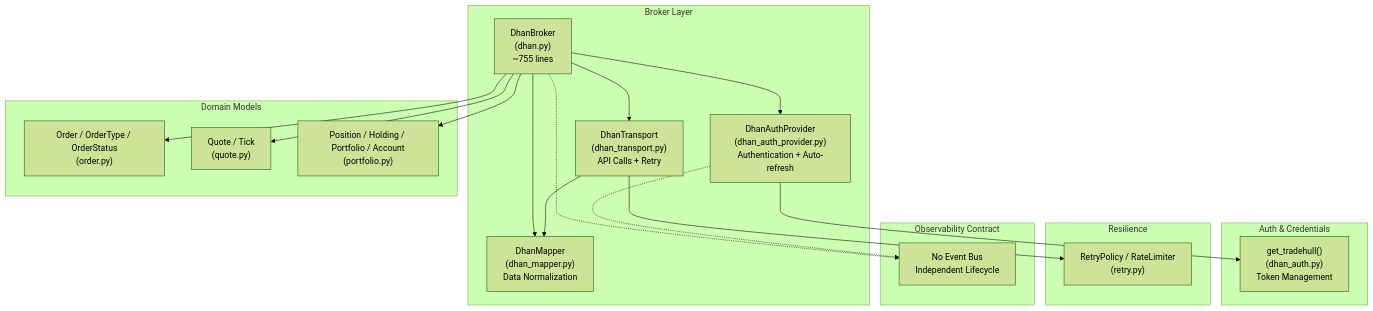
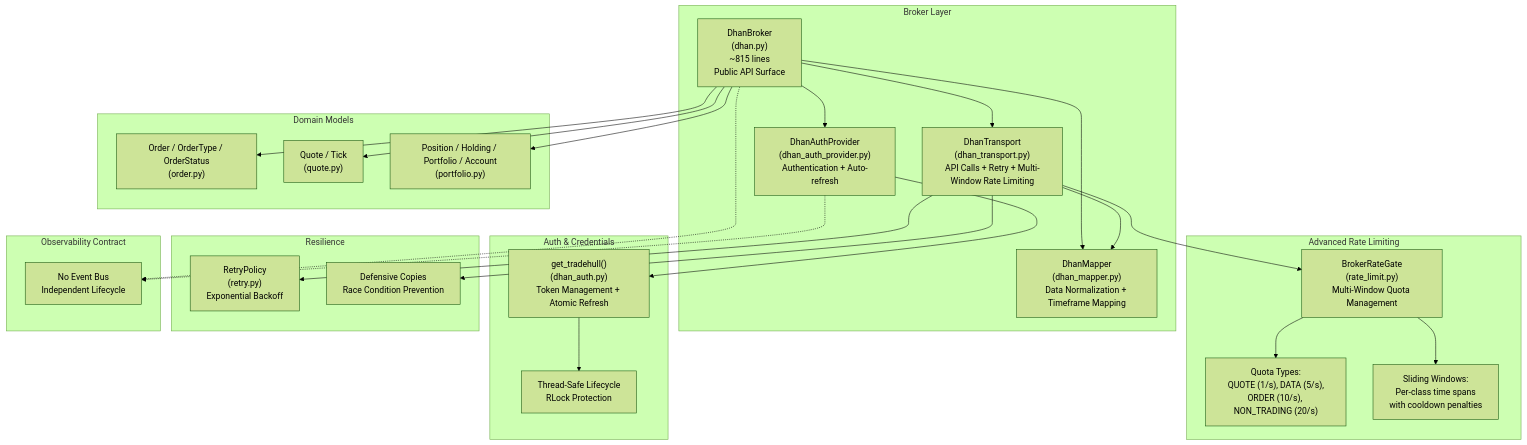
The first of 14 diagrams in .qoder/repowiki/en/content/Broker Integration/Dhan Broker Implementation.md (Ganesh-Kusundal/nTrade), drawn with Mermaid (forest theme) before and after one commit. The commit also changed other lines of this file and 203 other files, not shown here.

First line of the commit message:
review findings sweep: depth retry, LTP failure guard, stale-refresh fix, rate-gate blocked heuristic

````diff
--- a/.qoder/repowiki/en/content/Broker Integration/Dhan Broker Implementation.md
+++ b/.qoder/repowiki/en/content/Broker Integration/Dhan Broker Implementation.md
@@ -55,34 +61,46 @@
 ```mermaid
 graph TB
 subgraph "Broker Layer"
-A["DhanBroker<br/>(dhan.py)<br/>~755 lines"]
+A["DhanBroker<br/>(dhan.py)<br/>~815 lines<br/>Public API Surface"]
 B["DhanAuthProvider<br/>(dhan_auth_provider.py)<br/>Authentication + Auto-refresh"]
-C["DhanTransport<br/>(dhan_transport.py)<br/>API Calls + Retry"]
-D["DhanMapper<br/>(dhan_mapper.py)<br/>Data Normalization"]
+C["DhanTransport<br/>(dhan_transport.py)<br/>API Calls + Retry + Multi-Window Rate Limiting"]
+D["DhanMapper<br/>(dhan_mapper.py)<br/>Data Normalization + Timeframe Mapping"]
+end
+subgraph "Advanced Rate Limiting"
+E["BrokerRateGate<br/>(rate_limit.py)<br/>Multi-Window Quota Management"]
+F["Quota Types:<br/>QUOTE (1/s), DATA (5/s),<br/>ORDER (10/s), NON_TRADING (20/s)"]
+G["Sliding Windows:<br/>Per-class time spans<br/>with cooldown penalties"]
 end
 subgraph "Auth & Credentials"
-E["get_tradehull()<br/>(dhan_auth.py)<br/>Token Management"]
+H["get_tradehull()<br/>(dhan_auth.py)<br/>Token Management + Atomic Refresh"]
+I["Thread-Safe Lifecycle<br/>RLock Protection"]
 end
 subgraph "Domain Models"
-F["Order / OrderType / OrderStatus<br/>(order.py)"]
-G["Quote / Tick<br/>(quote.py)"]
-H["Position / Holding / Portfolio / Account<br/>(portfolio.py)"]
+J["Order / OrderType / OrderStatus<br/>(order.py)"]
+K["Quote / Tick<br/>(quote.py)"]
+L["Position / Holding / Portfolio / Account<br/>(portfolio.py)"]
 end
 subgraph "Resilience"
-I["RetryPolicy / RateLimiter<br/>(retry.py)"]
+M["RetryPolicy<br/>(retry.py)<br/>Exponential Backoff"]
+N["Defensive Copies<br/>Race Condition Prevention"]
 end
 subgraph "Observability Contract"
-J["No Event Bus<br/>Independent Lifecycle"]
+O["No Event Bus<br/>Independent Lifecycle"]
 end
 A --> B
 A --> C
 A --> D
-B --> E
+B --> H
 C --> D
-C --> I
-A --> F
-A --> G
-A --> H
-A -.-> J
-B -.-> J
+C --> E
+C --> M
+A --> J
+A --> K
+A --> L
+A -.-> O
+B -.-> O
+E --> F
+E --> G
+H --> I
+C --> N
 ```
````
